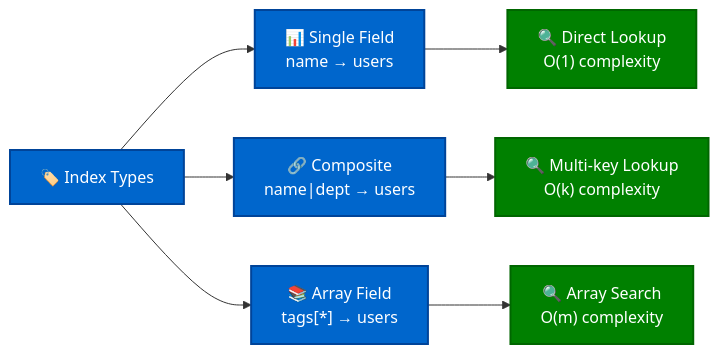
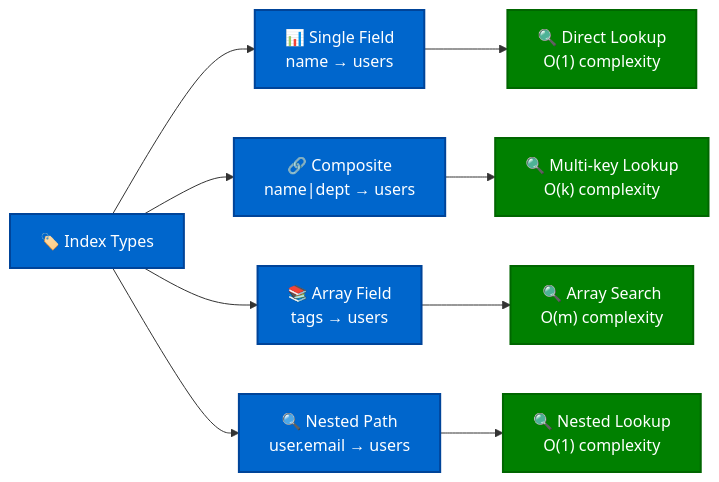
One commit to avoidwork/haro changed the third of 9 diagrams in docs/TECHNICAL_DOCUMENTATION.md. Above: the diagram before and after it, drawn with Mermaid. The commit also changed other lines of this file and 54 other files, not shown here.

````diff
--- a/docs/TECHNICAL_DOCUMENTATION.md
+++ b/docs/TECHNICAL_DOCUMENTATION.md
@@ -160,16 +181,18 @@
 ```mermaid
 graph LR
     A["🏷️ Index Types"] --> B["📊 Single Field<br/>name → users"]
     A --> C["🔗 Composite<br/>name|dept → users"]
-    A --> D["📚 Array Field<br/>tags[*] → users"]
+    A --> D["📚 Array Field<br/>tags → users"]
+    A --> E["🔍 Nested Path<br/>user.email → users"]
     
-    B --> E["🔍 Direct Lookup<br/>O(1) complexity"]
-    C --> F["🔍 Multi-key Lookup<br/>O(k) complexity"]
-    D --> G["🔍 Array Search<br/>O(m) complexity"]
+    B --> F["🔍 Direct Lookup<br/>O(1) complexity"]
+    C --> G["🔍 Multi-key Lookup<br/>O(k) complexity"]
+    D --> H["🔍 Array Search<br/>O(m) complexity"]
+    E --> I["🔍 Nested Lookup<br/>O(1) complexity"]
     
     classDef indexType fill:#0066CC,stroke:#004499,stroke-width:2px,color:#fff
     classDef performance fill:#008000,stroke:#006600,stroke-width:2px,color:#fff
     
-    class A,B,C,D indexType
-    class E,F,G performance
+    class A,B,C,D,E indexType
+    class F,G,H,I performance
 ```
````
